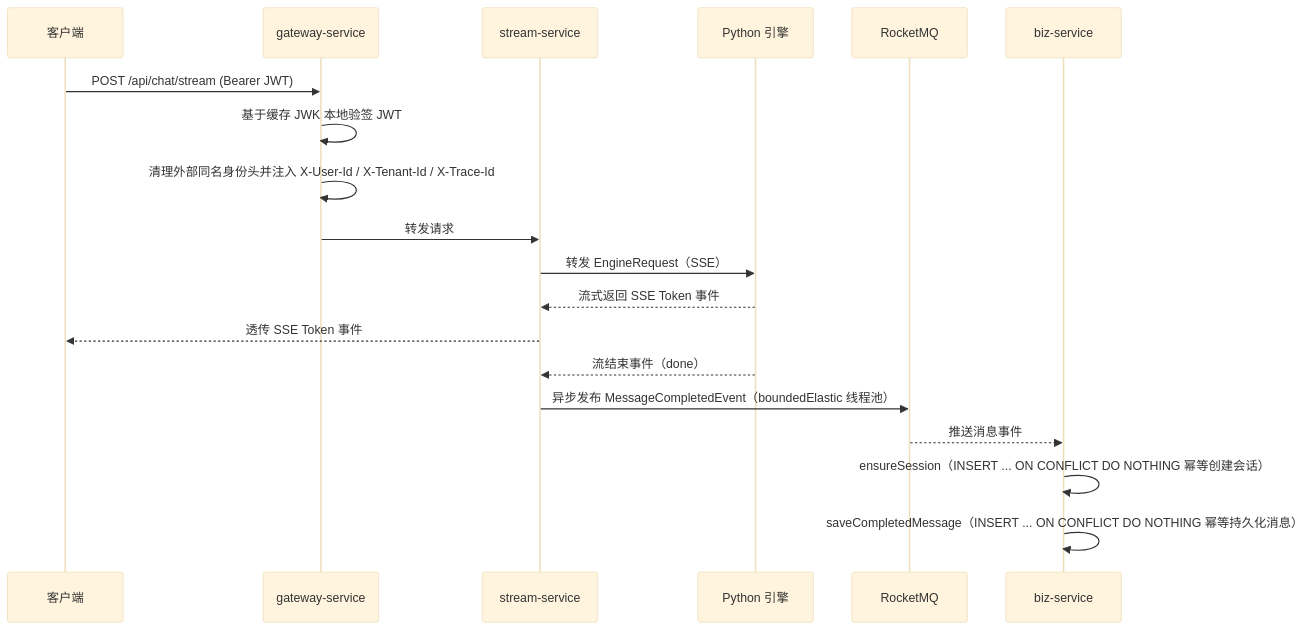
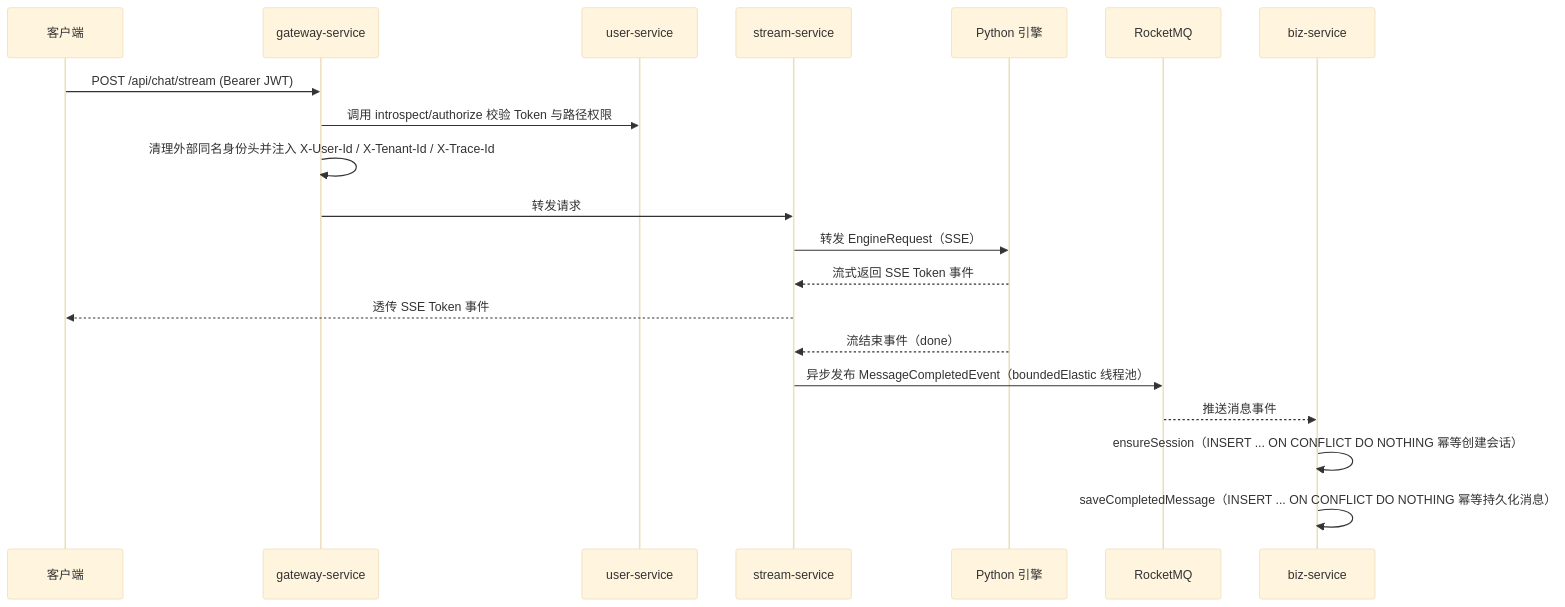
The first of 3 diagrams in docs/sdd/初始化Java服务.md (Pymjl/ai-customer-service-platform), drawn with Mermaid (base theme) before and after one commit. The commit also changed other lines of this file and 73 other files, not shown here.

````diff
--- a/docs/sdd/初始化Java服务.md
+++ b/docs/sdd/初始化Java服务.md
@@ -90,22 +90,23 @@
 ```mermaid
 sequenceDiagram
     participant C as 客户端
     participant G as gateway-service
+    participant U as user-service
     participant S as stream-service
     participant P as Python 引擎
     participant MQ as RocketMQ
     participant B as biz-service
 
     C->>G: POST /api/chat/stream (Bearer JWT)
-    G->>G: 基于缓存 JWK 本地验签 JWT
+    G->>U: 调用 introspect/authorize 校验 Token 与路径权限
     G->>G: 清理外部同名身份头并注入 X-User-Id / X-Tenant-Id / X-Trace-Id
     G->>S: 转发请求
     S->>P: 转发 EngineRequest（SSE）
     P-->>S: 流式返回 SSE Token 事件
     S-->>C: 透传 SSE Token 事件
     P-->>S: 流结束事件（done）
     S->>MQ: 异步发布 MessageCompletedEvent（boundedElastic 线程池）
     MQ-->>B: 推送消息事件
     B->>B: ensureSession（INSERT ... ON CONFLICT DO NOTHING 幂等创建会话）
     B->>B: saveCompletedMessage（INSERT ... ON CONFLICT DO NOTHING 幂等持久化消息）
 ```
````
